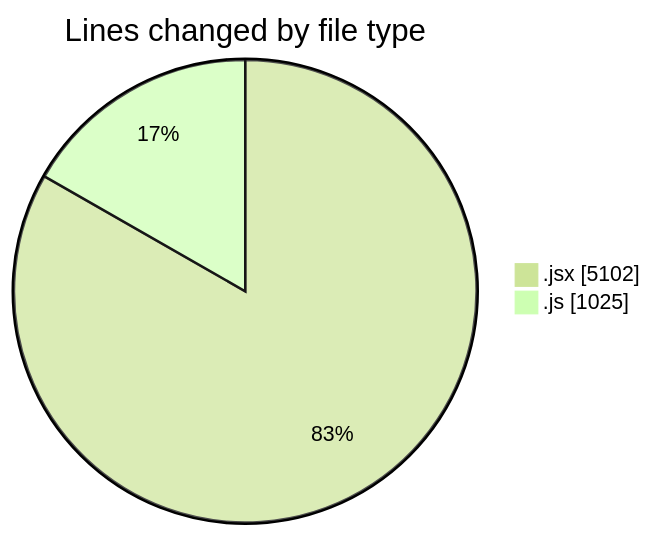
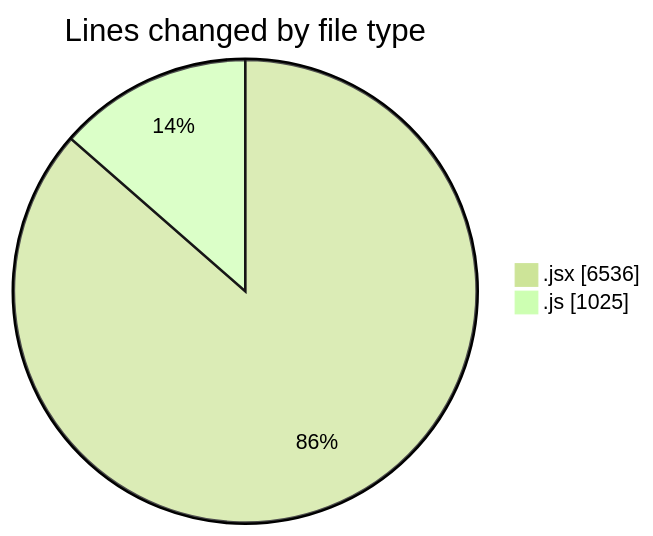
One commit to nxtqubesakshisongat/code-tracking changed the first of 2 diagrams in 2025-07-21/nxtqube_webapp/README.md. Above: the diagram before and after it, drawn with Mermaid (forest theme). The commit also changed other lines of this file and 1 other file, not shown here.

````diff
--- a/2025-07-21/nxtqube_webapp/README.md
+++ b/2025-07-21/nxtqube_webapp/README.md
@@ -29,6 +29,6 @@
 ```mermaid
 pie showData
 title Lines changed by file type
-".jsx" : 5102
+".jsx" : 6536
 ".js" : 1025
 ```
````
